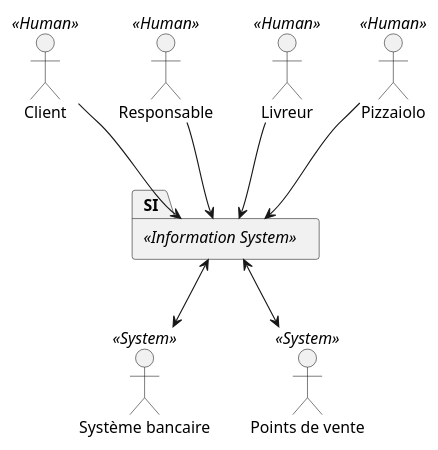
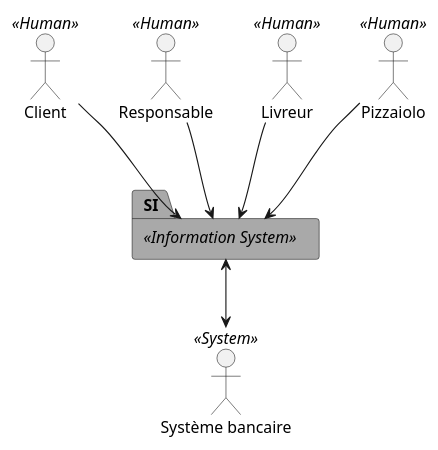
Before and after one commit to rvallet/oc-pizza: the diagram in uml/src/context-diagram.puml, drawn with PlantUML. The commit also changed 3 other files, not shown here.

Commit message:
use-case diagram strated

```diff
--- a/uml/src/context-diagram.puml
+++ b/uml/src/context-diagram.puml
@@ -1,19 +1,19 @@
 @startuml
 :Client: << Human >>
 :Responsable: << Human >>
 :Livreur: << Human >>
 :Pizzaiolo: << Human >>
 :Système bancaire: << System >> as bank
-:Points de vente: << System >> as pdv
+/':Points de vente: << System >> as pdv'/
 
 Client --> SI
 Responsable --> SI
 Livreur --> SI
 Pizzaiolo --> SI
 SI <--> bank
-SI <--> pdv
+/'SI <--> pdv'/
 
-package OC-Pizza <<Information System>> as SI {
+package OC-Pizza <<Information System>> as SI #A9A9A9 {
 }
 
 @enduml
```
